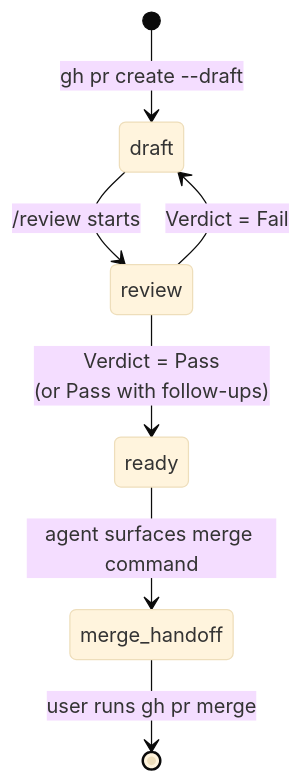
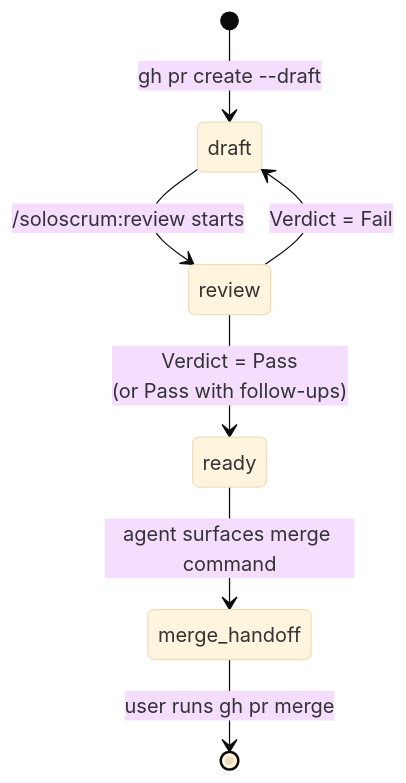
One commit to mew-ton/soloscrum changed the diagram in docs/src/content/docs/concept/pr-lifecycle.md. Above: the diagram before and after it, drawn with Mermaid (base theme). The commit also changed other lines of this file and 67 other files, not shown here.

````diff
--- a/docs/src/content/docs/concept/pr-lifecycle.md
+++ b/docs/src/content/docs/concept/pr-lifecycle.md
@@ -18,9 +18,9 @@
 ```mermaid
 stateDiagram-v2
     [*] --> draft: gh pr create --draft
-    draft --> review: /review starts
+    draft --> review: /soloscrum:review starts
     review --> ready: Verdict = Pass<br/>(or Pass with follow-ups)
     review --> draft: Verdict = Fail
     ready --> merge_handoff: agent surfaces merge command
     merge_handoff --> [*]: user runs gh pr merge
 ```
````
